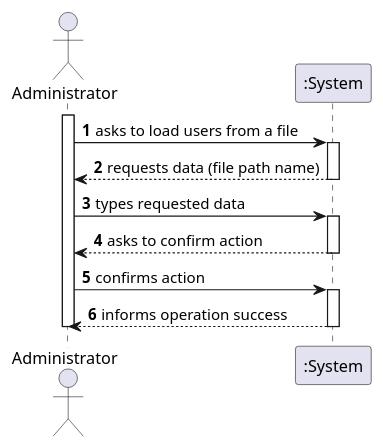
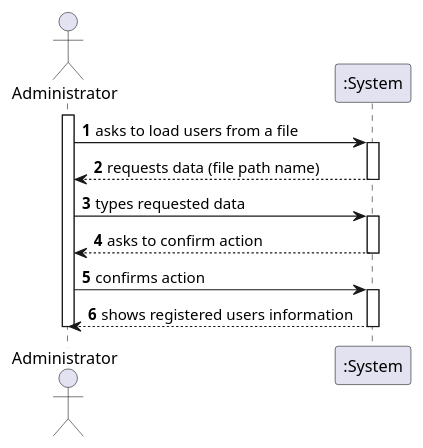
The diagram in docs/SprintC/US14/SSD/US14_SSD.puml (miseEnPlace-i/lapr2), drawn with PlantUML before and after one commit. The commit also changed 4 other files, not shown here.

```diff
--- a/docs/SprintC/US14/SSD/US14_SSD.puml
+++ b/docs/SprintC/US14/SSD/US14_SSD.puml
@@ -1,23 +1,23 @@
 @startuml
 autonumber
 actor "Administrator" as ADMIN
 
 activate ADMIN
 ADMIN -> ":System" : asks to load users from a file
 activate ":System"
 ":System" --> ADMIN : requests data (file path name)
 deactivate ":System"
 
 ADMIN -> ":System" : types requested data
 activate ":System"
 ":System" --> ADMIN : asks to confirm action
 deactivate ":System"
 
 ADMIN -> ":System" : confirms action
 activate ":System"
-":System" --> ADMIN : informs operation success
+":System" --> ADMIN : shows registered users information
 deactivate ":System"
 
 deactivate ADMIN
 
 @enduml
```
